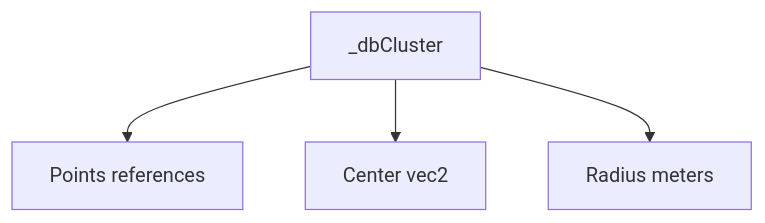
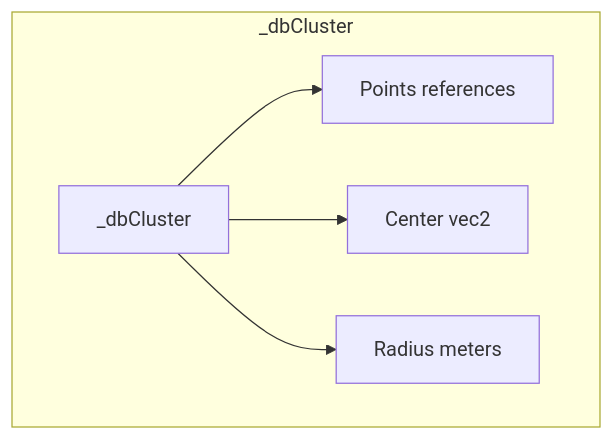
The fourth of 4 diagrams in docs/types/scheduler_and_circle.md (Gh0st352/AETHR), drawn with Mermaid before and after one commit. The commit also changed other lines of this file and 8 other files, not shown here.

First line of the commit message:
docs(types, mermaid): normalize headings, restructure Mermaid diagrams, and standardize classes

````diff
--- a/docs/types/scheduler_and_circle.md
+++ b/docs/types/scheduler_and_circle.md
@@ -61,6 +94,10 @@
 ```mermaid
+%% shared theme: docs/_mermaid/theme.json %%
 flowchart TD
-  CL[_dbCluster] --> PTS[Points references]
-  CL --> CTR[Center vec2]
-  CL --> RAD[Radius meters]
+  subgraph CLUSTER ["_dbCluster"]
+    CL[_dbCluster] --> PTS[Points references]
+    CL --> CTR[Center vec2]
+    CL --> RAD[Radius meters]
+  end
+  class CL,PTS,CTR,RAD,CLUSTER class_data;
 ```
````
